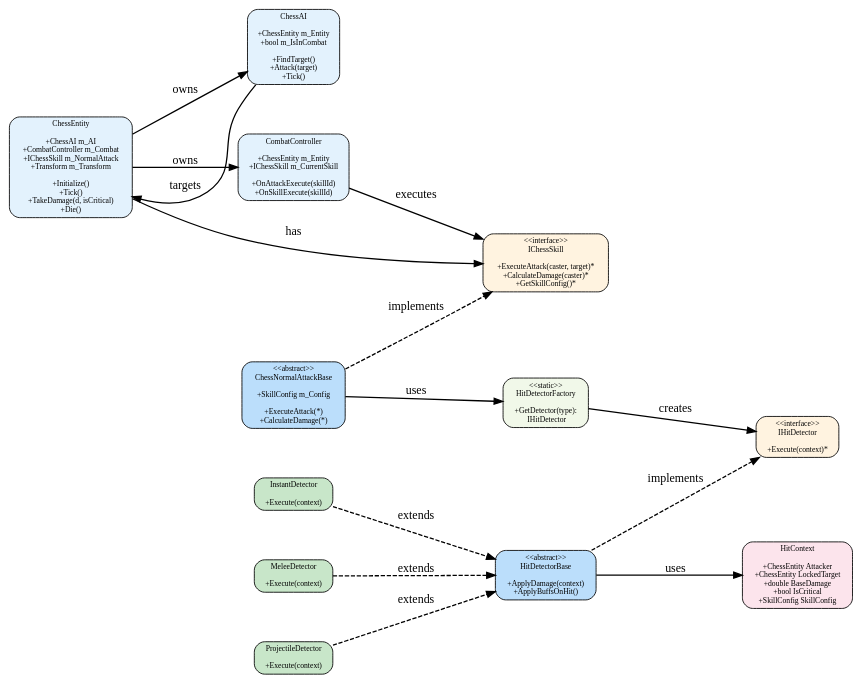
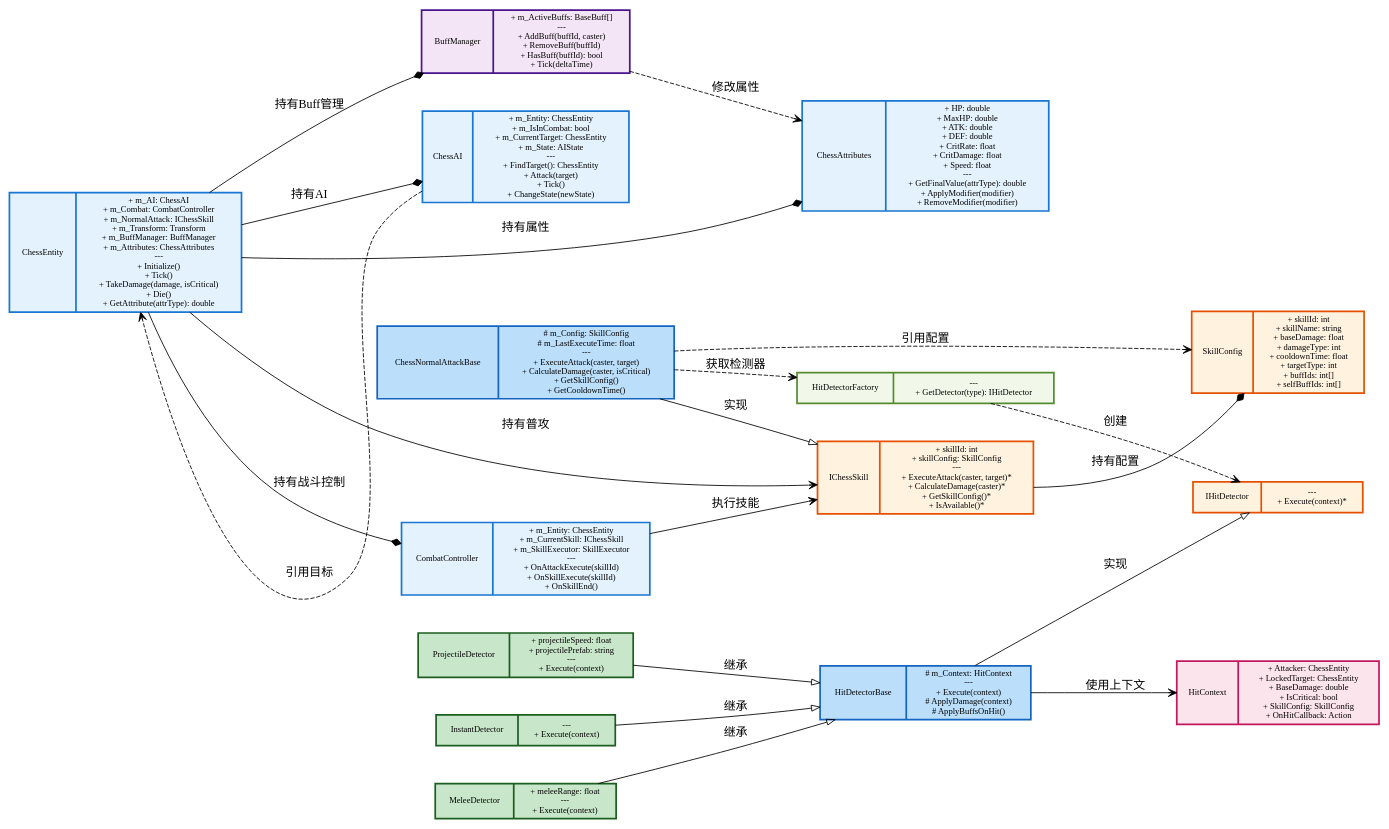
One commit to TXYzznc/GP changed the diagram in 项目知识库（AI）/图表资源/03_棋子系统类图.md. Above: the diagram before and after it, drawn with Graphviz. The commit also changed other lines of this file and 9 other files, not shown here.

Commit message:
docs: 标准化知识库 DOT 图表（统一样式、修复渲染、新增战斗触发架构图）

````diff
--- a/项目知识库（AI）/图表资源/03_棋子系统类图.md
+++ b/项目知识库（AI）/图表资源/03_棋子系统类图.md
@@ -7,55 +3,69 @@
 ```dot
 digraph ChessSystem {
-    rankdir=LR;              // 左到右布局（类层级流）
-    splines=orthogonal;      // 强制正交线条（90度转向）
-    nodesep=0.8;             // 节点间距（紧凑）
-    ranksep=1.0;             // 层级间距（平衡）
-    layout=dot;
+    rankdir=LR;
+    nodesep=0.6;
+    ranksep=1.0;
+    splines=orthogonal;
     
-    // 全局节点样式
-    node [shape=box, style="rounded,filled", fontname="微软雅黑", fontsize=9];
-    edge [arrowsize=1.0, penwidth=1.5];
+    node [shape=box, style=filled, fontsize=10];
+    edge [arrowhead=vee];
     
-    // ===== 第一层：核心实体 =====
-    ChessEntity [label="ChessEntity\n\n+ChessAI m_AI\n+CombatController m_Combat\n+IChessSkill m_NormalAttack\n+Transform m_Transform\n\n+Initialize()\n+Tick()\n+TakeDamage(d, isCritical)\n+Die()", fillcolor="#e3f2fd"];
-    ChessAI [label="ChessAI\n\n+ChessEntity m_Entity\n+bool m_IsInCombat\n\n+FindTarget()\n+Attack(target)\n+Tick()", fillcolor="#e3f2fd"];
-    CombatController [label="CombatController\n\n+ChessEntity m_Entity\n+IChessSkill m_CurrentSkill\n\n+OnAttackExecute(skillId)\n+OnSkillExecute(skillId)", fillcolor="#e3f2fd"];
+    ChessEntity [label="{ChessEntity|+ m_AI: ChessAI\n+ m_Combat: CombatController\n+ m_NormalAttack: IChessSkill\n+ m_Transform: Transform\n+ m_BuffManager: BuffManager\n+ m_Attributes: ChessAttributes\n---\n+ Initialize()\n+ Tick()\n+ TakeDamage(damage, isCritical)\n+ Die()\n+ GetAttribute(attrType): double}", shape=record, fillcolor="#e3f2fd", color="#1976d2", penwidth=2];
     
-    // ===== 第二层：接口和工厂 =====
-    IChessSkill [label="<<interface>>\nIChessSkill\n\n+ExecuteAttack(caster, target)*\n+CalculateDamage(caster)*\n+GetSkillConfig()*", fillcolor="#fff3e0"];
-    IHitDetector [label="<<interface>>\nIHitDetector\n\n+Execute(context)*", fillcolor="#fff3e0"];
-    HitDetectorFactory [label="<<static>>\nHitDetectorFactory\n\n+GetDetector(type):\n  IHitDetector", fillcolor="#f1f8e9"];
+    ChessAI [label="{ChessAI|+ m_Entity: ChessEntity\n+ m_IsInCombat: bool\n+ m_CurrentTarget: ChessEntity\n+ m_State: AIState\n---\n+ FindTarget(): ChessEntity\n+ Attack(target)\n+ Tick()\n+ ChangeState(newState)}", shape=record, fillcolor="#e3f2fd", color="#1976d2", penwidth=2];
     
-    // ===== 第三层：抽象类 =====
-    ChessNormalAttackBase [label="<<abstract>>\nChessNormalAttackBase\n\n+SkillConfig m_Config\n\n+ExecuteAttack(*)\n+CalculateDamage(*)", fillcolor="#bbdefb"];
-    HitDetectorBase [label="<<abstract>>\nHitDetectorBase\n\n+ApplyDamage(context)\n+ApplyBuffsOnHit()", fillcolor="#bbdefb"];
+    CombatController [label="{CombatController|+ m_Entity: ChessEntity\n+ m_CurrentSkill: IChessSkill\n+ m_SkillExecutor: SkillExecutor\n---\n+ OnAttackExecute(skillId)\n+ OnSkillExecute(skillId)\n+ OnSkillEnd()}", shape=record, fillcolor="#e3f2fd", color="#1976d2", penwidth=2];
     
-    // ===== 第四层：具体实现 =====
-    InstantDetector [label="InstantDetector\n\n+Execute(context)", fillcolor="#c8e6c9"];
-    MeleeDetector [label="MeleeDetector\n\n+Execute(context)", fillcolor="#c8e6c9"];
-    ProjectileDetector [label="ProjectileDetector\n\n+Execute(context)", fillcolor="#c8e6c9"];
+    ChessAttributes [label="{ChessAttributes|+ HP: double\n+ MaxHP: double\n+ ATK: double\n+ DEF: double\n+ CritRate: float\n+ CritDamage: float\n+ Speed: float\n---\n+ GetFinalValue(attrType): double\n+ ApplyModifier(modifier)\n+ RemoveModifier(modifier)}", shape=record, fillcolor="#e3f2fd", color="#1976d2", penwidth=2];
     
-    // ===== 数据类 =====
-    HitContext [label="HitContext\n\n+ChessEntity Attacker\n+ChessEntity LockedTarget\n+double BaseDamage\n+bool IsCritical\n+SkillConfig SkillConfig", fillcolor="#fce4ec"];
+    IChessSkill [label="{IChessSkill|+ skillId: int\n+ skillConfig: SkillConfig\n---\n+ ExecuteAttack(caster, target)*\n+ CalculateDamage(caster)*\n+ GetSkillConfig()*\n+ IsAvailable()*}", shape=record, fillcolor="#fff3e0", color="#e65100", penwidth=2];
     
-    // ===== 关系定义 =====
-    // 核心实体关系
-    ChessEntity -> ChessAI [label="owns"];
-    ChessEntity -> CombatController [label="owns"];
-    ChessEntity -> IChessSkill [label="has"];
-    CombatController -> IChessSkill [label="executes"];
-    ChessAI -> ChessEntity [label="targets", constraint=false];
+    IHitDetector [label="{IHitDetector|---\n+ Execute(context)*}", shape=record, fillcolor="#fff3e0", color="#e65100", penwidth=2];
     
-    // 技能体系
-    ChessNormalAttackBase -> IChessSkill [style=dashed, label="implements"];
-    ChessNormalAttackBase -> HitDetectorFactory [label="uses"];
+    ChessNormalAttackBase [label="{ChessNormalAttackBase|# m_Config: SkillConfig\n# m_LastExecuteTime: float\n---\n+ ExecuteAttack(caster, target)\n+ CalculateDamage(caster, isCritical)\n+ GetSkillConfig()\n+ GetCooldownTime()}", shape=record, fillcolor="#bbdefb", color="#1565c0", penwidth=2];
     
-    // 命中检测体系
-    HitDetectorFactory -> IHitDetector [label="creates"];
-    HitDetectorBase -> IHitDetector [style=dashed, label="implements"];
-    InstantDetector -> HitDetectorBase [style=dashed, label="extends"];
-    MeleeDetector -> HitDetectorBase [style=dashed, label="extends"];
-    ProjectileDetector -> HitDetectorBase [style=dashed, label="extends"];
-    HitDetectorBase -> HitContext [label="uses"];
+    HitDetectorBase [label="{HitDetectorBase|# m_Context: HitContext\n---\n+ Execute(context)\n# ApplyDamage(context)\n# ApplyBuffsOnHit()}", shape=record, fillcolor="#bbdefb", color="#1565c0", penwidth=2];
+    
+    InstantDetector [label="{InstantDetector|---\n+ Execute(context)}", shape=record, fillcolor="#c8e6c9", color="#1b5e20", penwidth=2];
+    
+    MeleeDetector [label="{MeleeDetector|+ meleeRange: float\n---\n+ Execute(context)}", shape=record, fillcolor="#c8e6c9", color="#1b5e20", penwidth=2];
+    
+    ProjectileDetector [label="{ProjectileDetector|+ projectileSpeed: float\n+ projectilePrefab: string\n---\n+ Execute(context)}", shape=record, fillcolor="#c8e6c9", color="#1b5e20", penwidth=2];
+    
+    HitDetectorFactory [label="{HitDetectorFactory|---\n+ GetDetector(type): IHitDetector}", shape=record, fillcolor="#f1f8e9", color="#558b2f", penwidth=2];
+    
+    HitContext [label="{HitContext|+ Attacker: ChessEntity\n+ LockedTarget: ChessEntity\n+ BaseDamage: double\n+ IsCritical: bool\n+ SkillConfig: SkillConfig\n+ OnHitCallback: Action}", shape=record, fillcolor="#fce4ec", color="#c2185b", penwidth=2];
+    
+    SkillConfig [label="{SkillConfig|+ skillId: int\n+ skillName: string\n+ baseDamage: float\n+ damageType: int\n+ cooldownTime: float\n+ targetType: int\n+ buffIds: int[]\n+ selfBuffIds: int[]}", shape=record, fillcolor="#fff3e0", color="#e65100", penwidth=2];
+    
+    BuffManager [label="{BuffManager|+ m_ActiveBuffs: BaseBuff[]\n---\n+ AddBuff(buffId, caster)\n+ RemoveBuff(buffId)\n+ HasBuff(buffId): bool\n+ Tick(deltaTime)}", shape=record, fillcolor="#f3e5f5", color="#4a148c", penwidth=2];
+    
+    // 组合关系（ChessEntity 持有）
+    ChessEntity -> ChessAI [label="持有AI", arrowhead=diamond];
+    ChessEntity -> CombatController [label="持有战斗控制", arrowhead=diamond];
+    ChessEntity -> ChessAttributes [label="持有属性", arrowhead=diamond];
+    ChessEntity -> BuffManager [label="持有Buff管理", arrowhead=diamond];
+    ChessEntity -> IChessSkill [label="持有普攻"];
+    
+    // ChessAI 关系
+    ChessAI -> ChessEntity [label="引用目标", style=dashed, constraint=false];
+    
+    // CombatController 关系
+    CombatController -> IChessSkill [label="执行技能"];
+    
+    // 继承/实现关系
+    ChessNormalAttackBase -> IChessSkill [arrowhead=empty, label="实现"];
+    HitDetectorBase -> IHitDetector [arrowhead=empty, label="实现"];
+    InstantDetector -> HitDetectorBase [arrowhead=empty, label="继承"];
+    MeleeDetector -> HitDetectorBase [arrowhead=empty, label="继承"];
+    ProjectileDetector -> HitDetectorBase [arrowhead=empty, label="继承"];
+    
+    // 依赖关系
+    ChessNormalAttackBase -> HitDetectorFactory [label="获取检测器", style=dashed];
+    ChessNormalAttackBase -> SkillConfig [label="引用配置", style=dashed];
+    HitDetectorFactory -> IHitDetector [label="创建", style=dashed];
+    HitDetectorBase -> HitContext [label="使用上下文"];
+    IChessSkill -> SkillConfig [label="持有配置", arrowhead=diamond];
+    BuffManager -> ChessAttributes [label="修改属性", style=dashed];
 }
 ```
````
